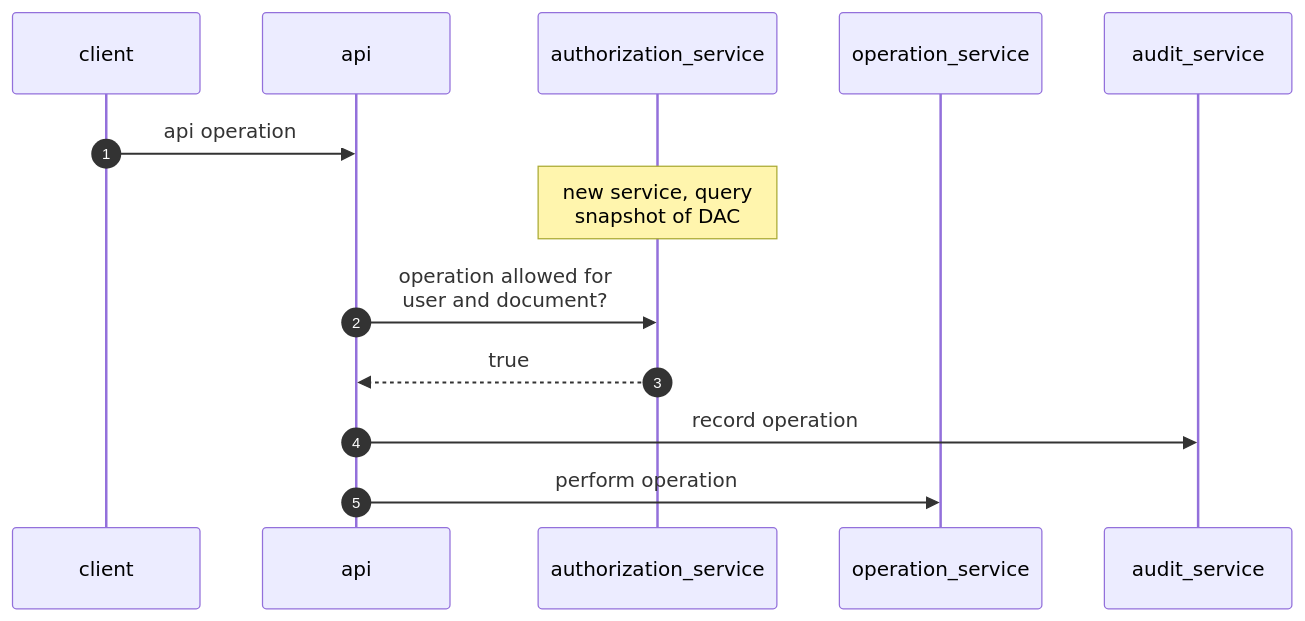
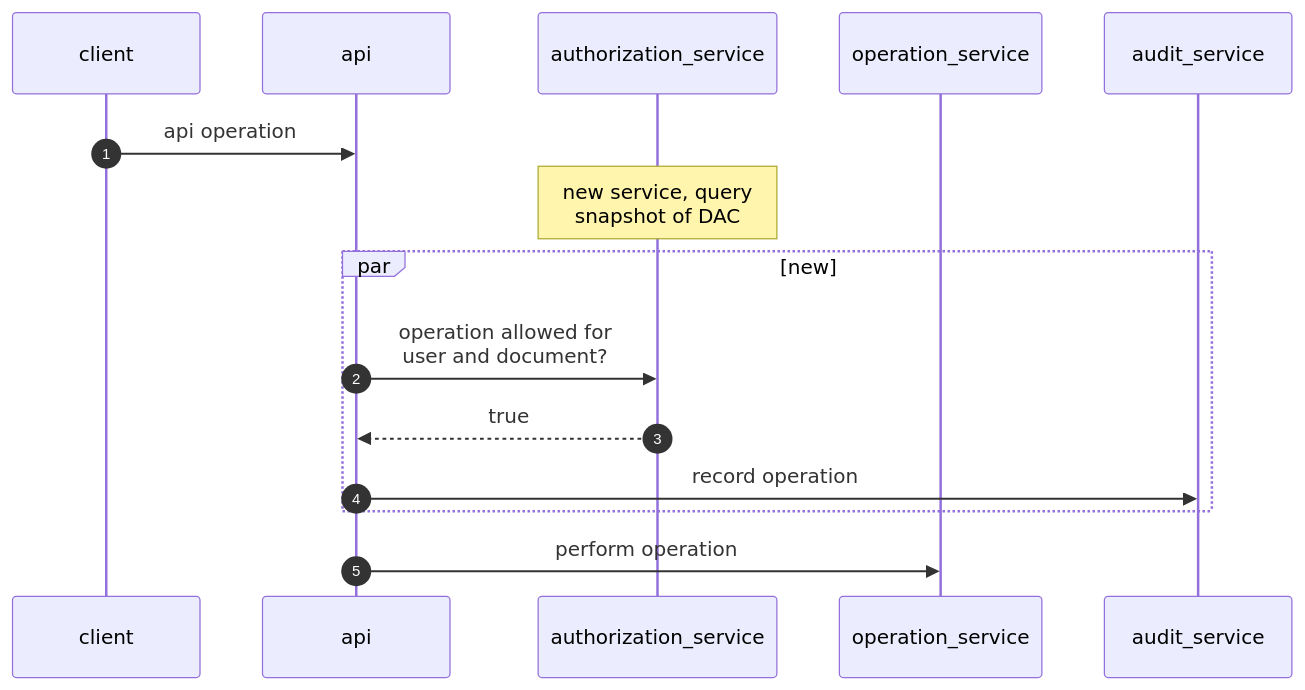
One commit to ebi-ait/ingest-core changed the first of 4 diagrams in docs/managed-access.md. Above: the diagram before and after it, drawn with Mermaid.

Commit message:
dcp-967 managed access - design docs

````diff
--- a/docs/managed-access.md
+++ b/docs/managed-access.md
@@ -11,19 +11,20 @@
 ```mermaid
 sequenceDiagram
 
         participant client
         participant api
         participant authorization_service
         participant operation_service
         participant audit_service
 
         autonumber
     
         client ->> api: api operation
         note over authorization_service: new service, query <br>snapshot of DAC
-        api ->> authorization_service: operation allowed for<br> user and document?
-        
-        authorization_service -->> api: true
-        api ->> audit_service: record operation
+        par new
+           api ->> authorization_service: operation allowed for<br> user and document?
+           authorization_service -->> api: true
+           api ->> audit_service: record operation
+        end 
         api ->> operation_service: perform operation
 ```
````
